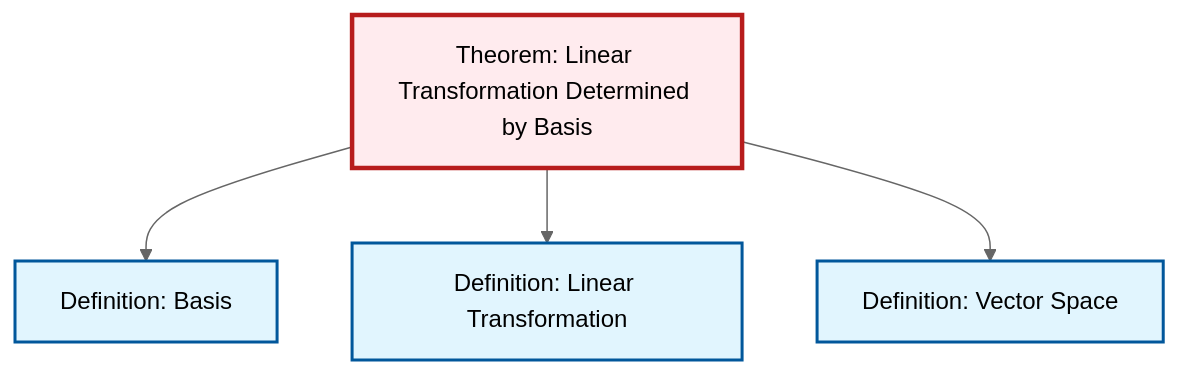
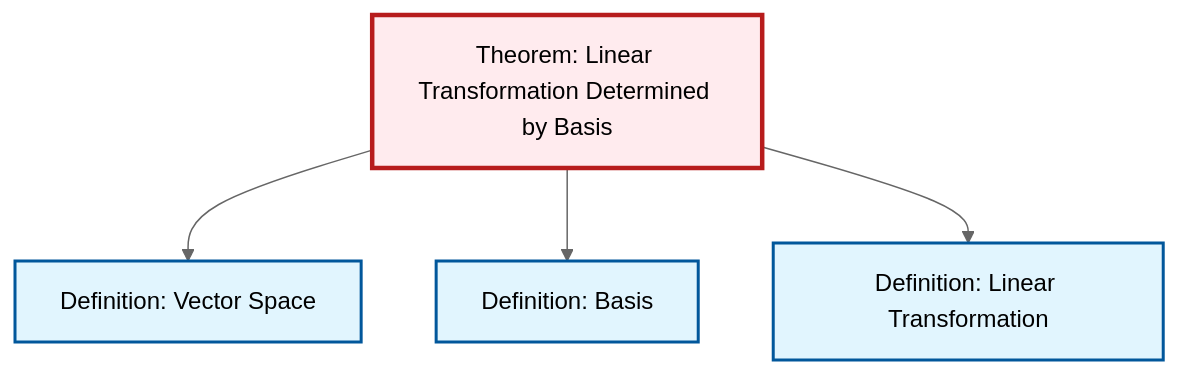
Before and after one commit to RK0429/ModernMath: the diagram in content/en/algebra/thm-linear-transformation-basis.qmd, drawn with Mermaid (neutral theme). The commit also changed other lines of this file and 581 other files, not shown here.

````diff
--- a/content/en/algebra/thm-linear-transformation-basis.qmd
+++ b/content/en/algebra/thm-linear-transformation-basis.qmd
@@ -47,20 +47,20 @@
 ```{mermaid}
 %%| fig-cap: "Local dependency graph"
 graph TD
     classDef definition fill:#e1f5fe,stroke:#01579b,stroke-width:2px
     classDef theorem fill:#f3e5f5,stroke:#4a148c,stroke-width:2px
     classDef axiom fill:#fff3e0,stroke:#e65100,stroke-width:2px
     classDef example fill:#e8f5e9,stroke:#1b5e20,stroke-width:2px
     classDef current fill:#ffebee,stroke:#b71c1c,stroke-width:3px
-    def-vector-space["Definition: Vector Space"]:::definition
     def-linear-transformation["Definition: Linear Transformation"]:::definition
     def-basis["Definition: Basis"]:::definition
+    def-vector-space["Definition: Vector Space"]:::definition
     thm-linear-transformation-basis["Theorem: Linear Transformation Determined by Basis"]:::theorem
+    thm-linear-transformation-basis --> def-vector-space
     thm-linear-transformation-basis --> def-basis
     thm-linear-transformation-basis --> def-linear-transformation
-    thm-linear-transformation-basis --> def-vector-space
     class thm-linear-transformation-basis current
-    click def-vector-space "def-vector-space.html" "Go to Vector Space definition"
     click def-linear-transformation "def-linear-transformation.html" "Go to Linear Transformation definition"
     click def-basis "def-basis.html" "Go to Basis definition"
+    click def-vector-space "def-vector-space.html" "Go to Vector Space definition"
 ```
````
